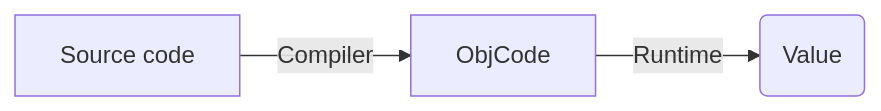
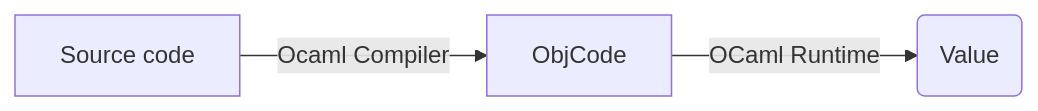
The first of 2 diagrams in ROADMAP.md (ephel-lang/ephel), drawn with Mermaid before and after one commit. The commit also changed other lines of this file, not shown here.

````diff
--- a/ROADMAP.md
+++ b/ROADMAP.md
@@ -5,5 +8,5 @@
 ```mermaid
 flowchart LR
-    A[Source code] -->|Compiler| B(ObjCode)
-    B[ObjCode] -->|Runtime| C(Value)
+    A[Source code] -->|Ocaml Compiler| B(ObjCode)
+    B[ObjCode] -->|OCaml Runtime| C(Value)
 ```
````
